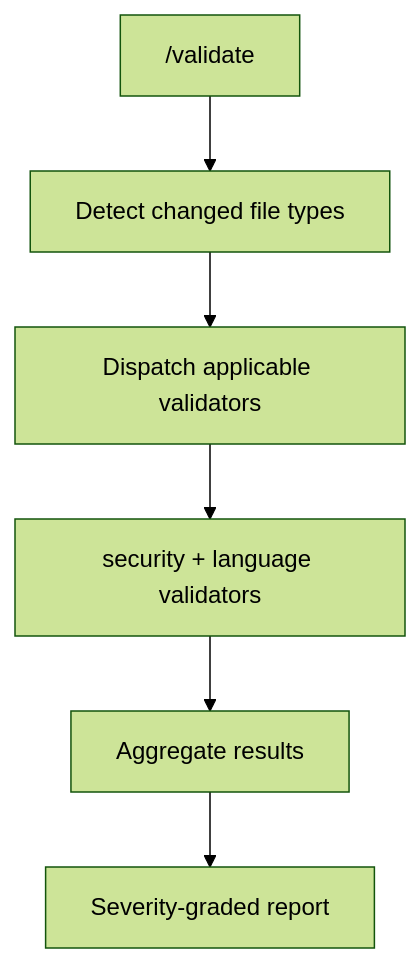
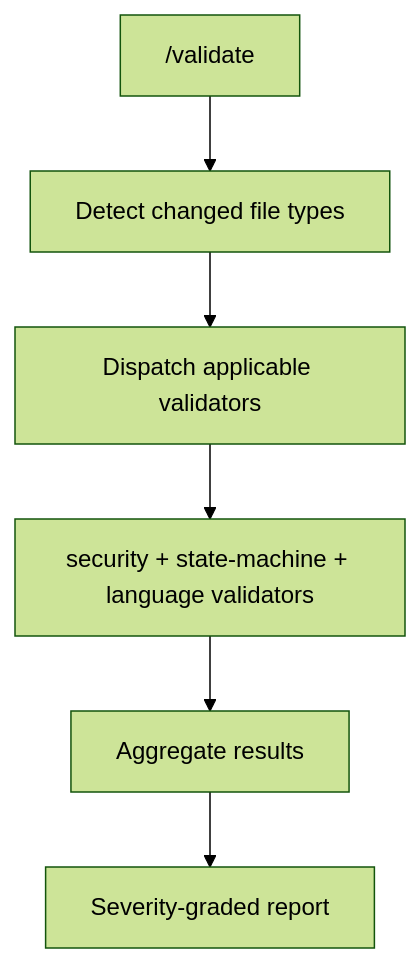
The first of 2 diagrams in README.md (peteski22/agent-pragma), drawn with Mermaid (forest theme) before and after one commit. The commit also changed other lines of this file and 2 other files, not shown here.

````diff
--- a/README.md
+++ b/README.md
@@ -98,8 +95,8 @@
 ```mermaid
 flowchart TD
     A["/validate"] --> B["Detect changed file types"]
     B --> C["Dispatch applicable validators"]
-    C --> D["security + language validators"]
+    C --> D["security + state-machine + language validators"]
     D --> E["Aggregate results"]
     E --> F["Severity-graded report"]
 ```
````
